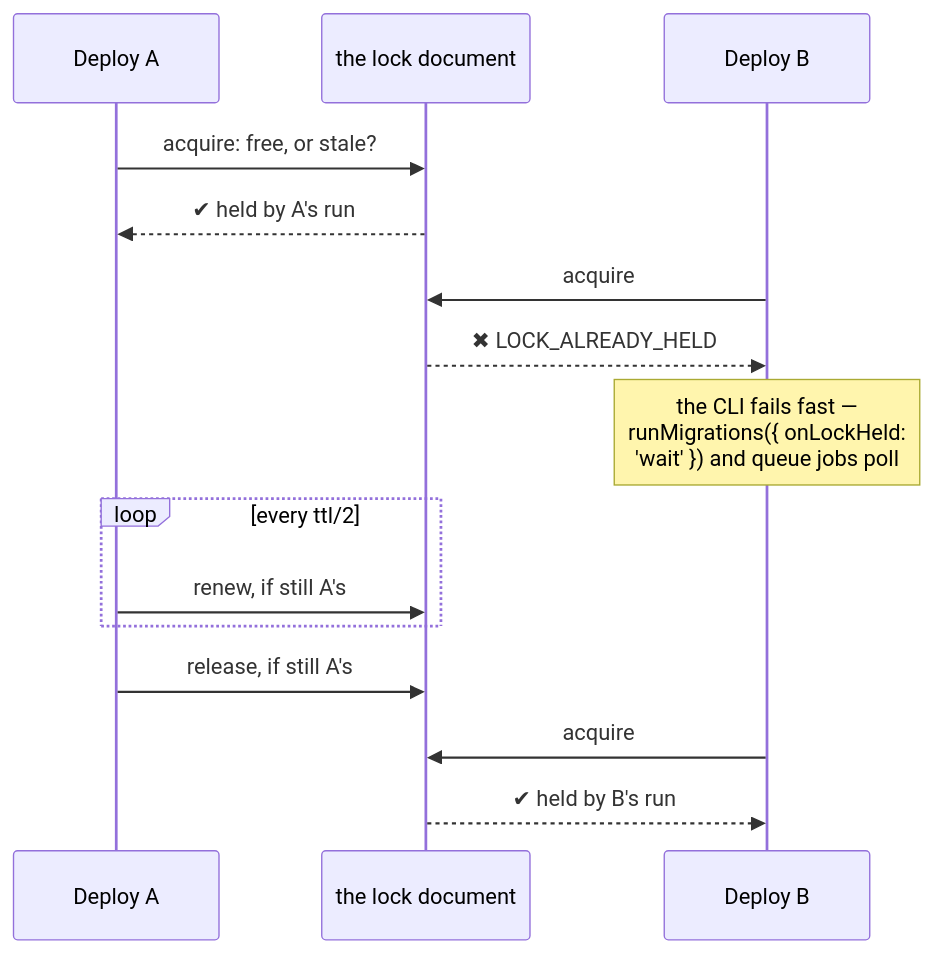
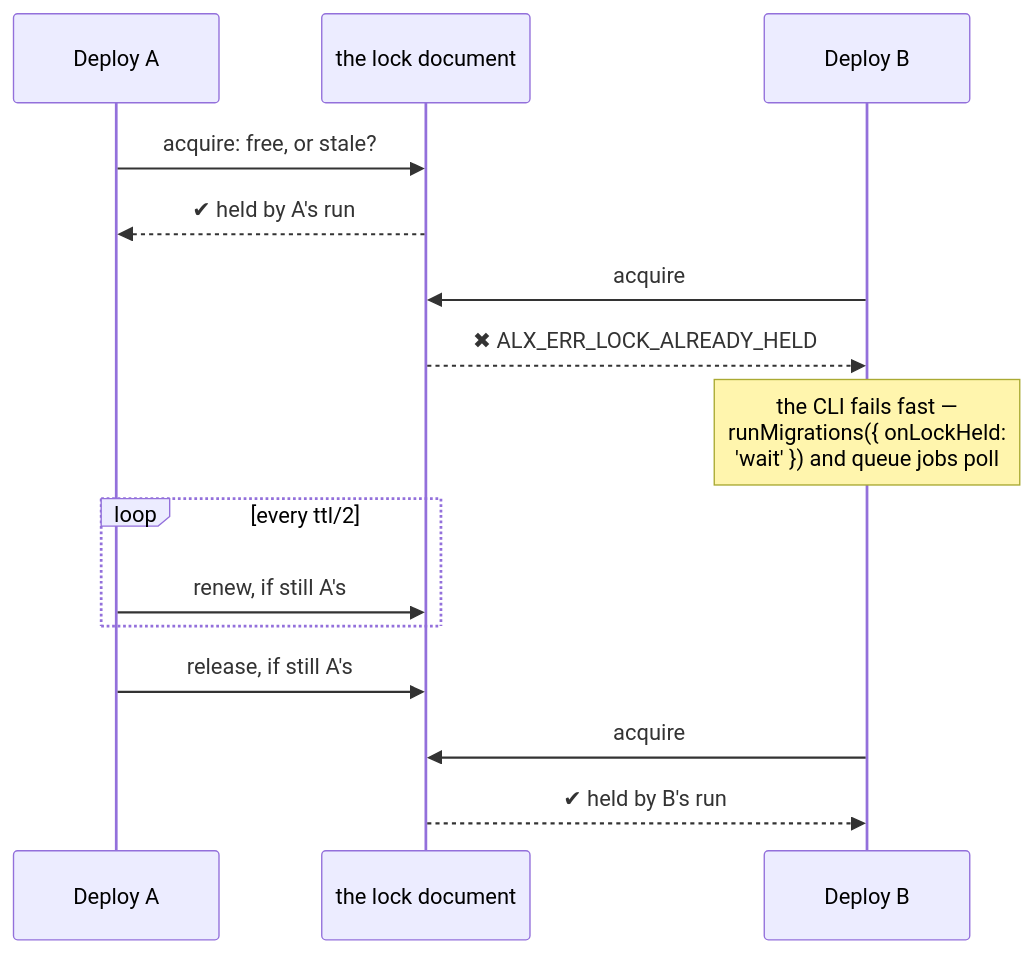
One commit to Alexis-Technologies/migronaut changed the fourth of 7 diagrams in docs/guide/how-it-works.md. Above: the diagram before and after it, drawn with Mermaid. The commit also changed other lines of this file and 310 other files, not shown here.

First line of the commit message:
Migronaut v3.0: ALX_ERR_ error codes, and the codebase on the alexiskills conventions (#10)

````diff
--- a/docs/guide/how-it-works.md
+++ b/docs/guide/how-it-works.md
@@ -128,19 +128,19 @@
 ```mermaid
 sequenceDiagram
   accTitle: Two deploys racing for the lock
   participant A as Deploy A
   participant L as the lock document
   participant B as Deploy B
 
   A->>L: acquire: free, or stale?
   L-->>A: ✔ held by A's run
   B->>L: acquire
-  L-->>B: ✖ LOCK_ALREADY_HELD
+  L-->>B: ✖ ALX_ERR_LOCK_ALREADY_HELD
   Note over B: the CLI fails fast —<br/>runMigrations({ onLockHeld:<br/>'wait' }) and queue jobs poll
   loop every ttl/2
     A->>L: renew, if still A's
   end
   A->>L: release, if still A's
   B->>L: acquire
   L-->>B: ✔ held by B's run
 ```
````
